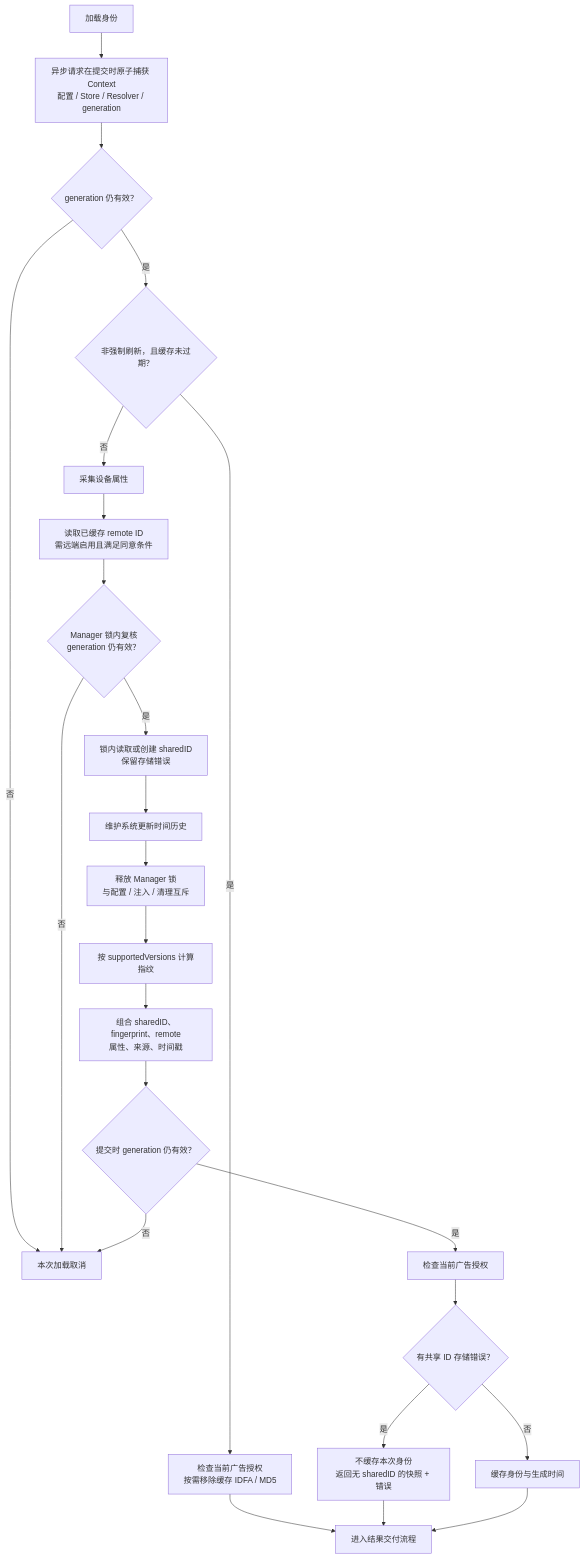
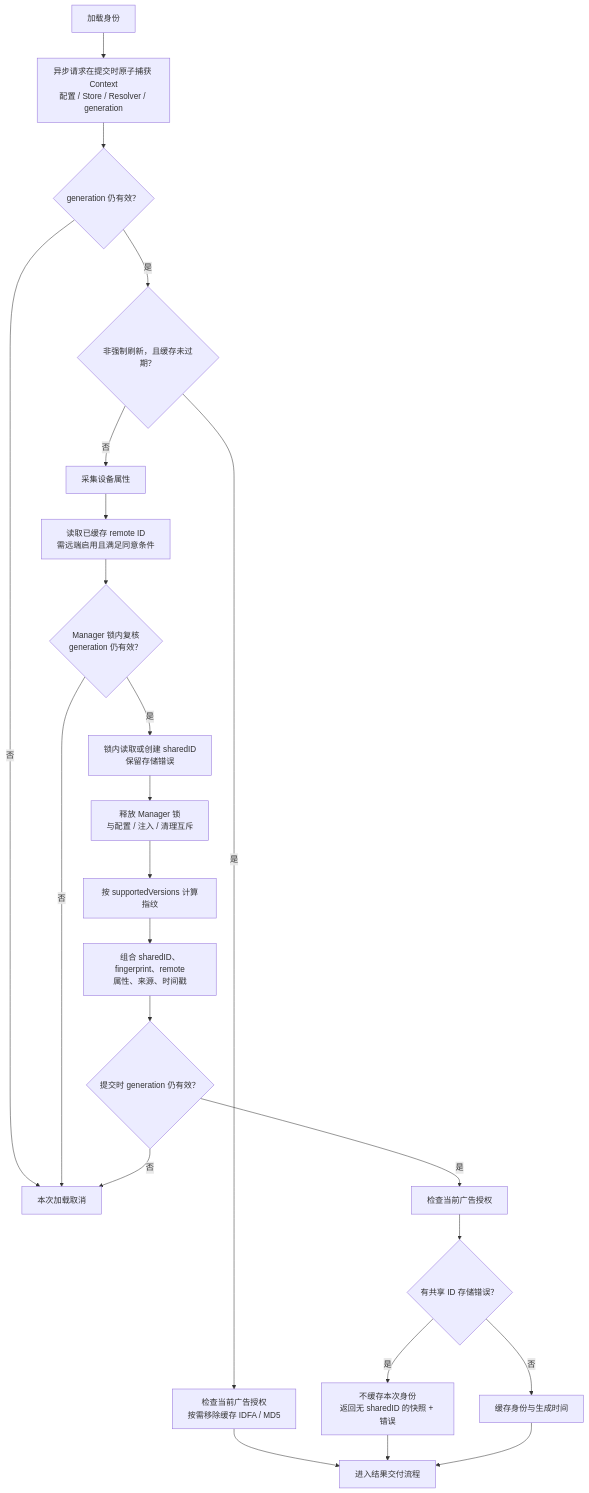
Before and after one commit to shanbozhu/TestOC: the third of 14 diagrams in PBCrossAppUniqueDeviceIdentifier/Docs/FeatureFlows.md, drawn with Mermaid. The commit also changed other lines of this file and 15 other files, not shown here.

````diff
--- a/PBCrossAppUniqueDeviceIdentifier/Docs/FeatureFlows.md
+++ b/PBCrossAppUniqueDeviceIdentifier/Docs/FeatureFlows.md
@@ -89,26 +89,25 @@
 ```mermaid
 flowchart TD
     Start["加载身份"] --> Context["异步请求在提交时原子捕获 Context<br/>配置 / Store / Resolver / generation"]
     Context --> Valid{"generation 仍有效？"}
     Valid -->|否| Cancel["本次加载取消"]
     Valid -->|是| Hit{"非强制刷新，且缓存未过期？"}
     Hit -->|是| Cached["检查当前广告授权<br/>按需移除缓存 IDFA / MD5"]
     Cached --> Return["进入结果交付流程"]
     Hit -->|否| Collect["采集设备属性"]
     Collect --> Remote["读取已缓存 remote ID<br/>需远端启用且满足同意条件"]
     Remote --> StorageLock{"Manager 锁内复核<br/>generation 仍有效？"}
     StorageLock -->|否| Cancel
     StorageLock -->|是| Shared["锁内读取或创建 sharedID<br/>保留存储错误"]
-    Shared --> History["维护系统更新时间历史"]
-    History --> Unlock["释放 Manager 锁<br/>与配置 / 注入 / 清理互斥"]
+    Shared --> Unlock["释放 Manager 锁<br/>与配置 / 注入 / 清理互斥"]
     Unlock --> Generate["按 supportedVersions 计算指纹"]
     Generate --> Build["组合 sharedID、fingerprint、remote<br/>属性、来源、时间戳"]
     Build --> Commit{"提交时 generation 仍有效？"}
     Commit -->|否| Cancel
     Commit -->|是| Sanitize["检查当前广告授权"]
     Sanitize --> Error{"有共享 ID 存储错误？"}
     Error -->|是| Partial["不缓存本次身份<br/>返回无 sharedID 的快照 + 错误"]
     Error -->|否| Save["缓存身份与生成时间"]
     Partial --> Return
     Save --> Return
 ```
````
